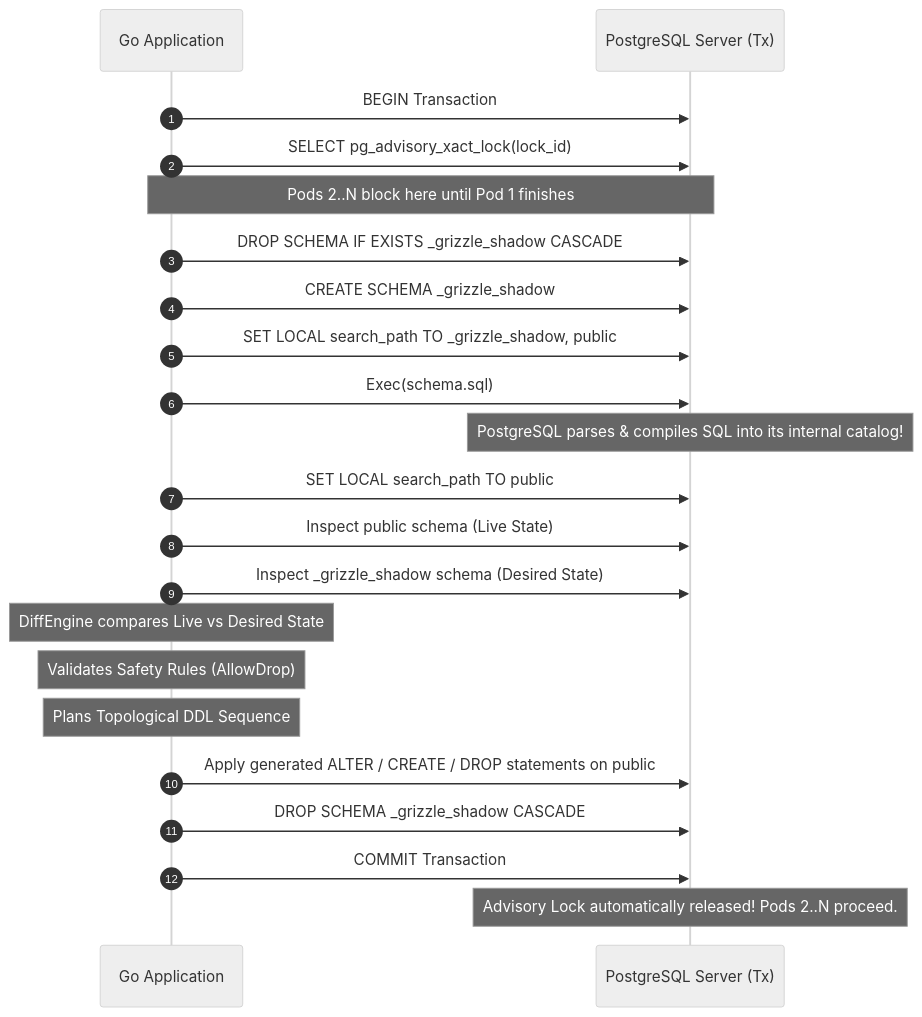
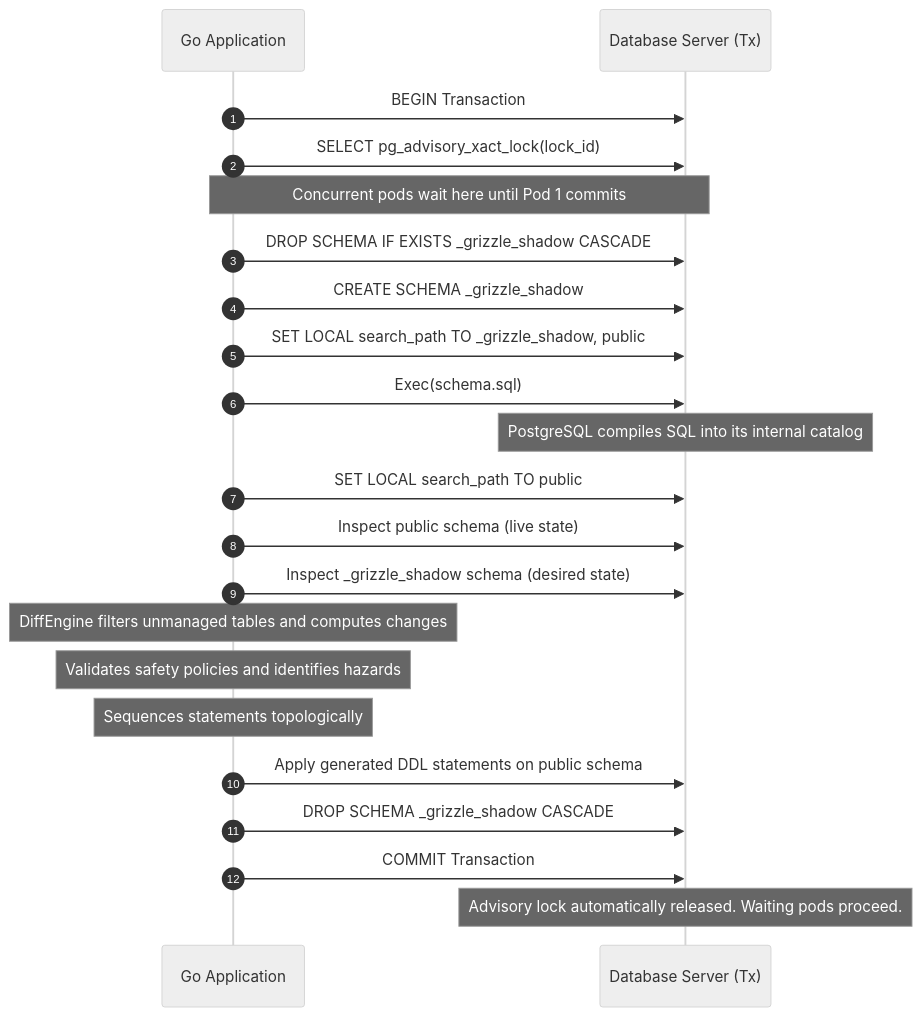
The second of 2 diagrams in docs/ARCHITECTURE.md (muandane/grizzle), drawn with Mermaid (neutral theme) before and after one commit. The commit also changed other lines of this file and 13 other files, not shown here.

````diff
--- a/docs/ARCHITECTURE.md
+++ b/docs/ARCHITECTURE.md
@@ -46,29 +42,29 @@
 ```mermaid
 sequenceDiagram
     autonumber
     participant App as Go Application
-    participant DB as PostgreSQL Server (Tx)
+    participant DB as Database Server (Tx)
 
     App->>DB: BEGIN Transaction
     App->>DB: SELECT pg_advisory_xact_lock(lock_id)
-    Note over App,DB: Pods 2..N block here until Pod 1 finishes
+    Note over App,DB: Concurrent pods wait here until Pod 1 commits
 
     App->>DB: DROP SCHEMA IF EXISTS _grizzle_shadow CASCADE;
     App->>DB: CREATE SCHEMA _grizzle_shadow;
     App->>DB: SET LOCAL search_path TO _grizzle_shadow, public;
     App->>DB: Exec(schema.sql)
-    Note over DB: PostgreSQL parses & compiles SQL into its internal catalog!
+    Note over DB: PostgreSQL compiles SQL into its internal catalog
 
     App->>DB: SET LOCAL search_path TO public;
-    App->>DB: Inspect public schema (Live State)
-    App->>DB: Inspect _grizzle_shadow schema (Desired State)
+    App->>DB: Inspect public schema (live state)
+    App->>DB: Inspect _grizzle_shadow schema (desired state)
 
-    Note over App: DiffEngine compares Live vs Desired State
-    Note over App: Validates Safety Rules (AllowDrop)
-    Note over App: Plans Topological DDL Sequence
+    Note over App: DiffEngine filters unmanaged tables and computes changes
+    Note over App: Validates safety policies and identifies hazards
+    Note over App: Sequences statements topologically
 
-    App->>DB: Apply generated ALTER / CREATE / DROP statements on public
+    App->>DB: Apply generated DDL statements on public schema
     App->>DB: DROP SCHEMA _grizzle_shadow CASCADE;
     App->>DB: COMMIT Transaction
-    Note over DB: Advisory Lock automatically released! Pods 2..N proceed.
+    Note over DB: Advisory lock automatically released. Waiting pods proceed.
 ```
````
